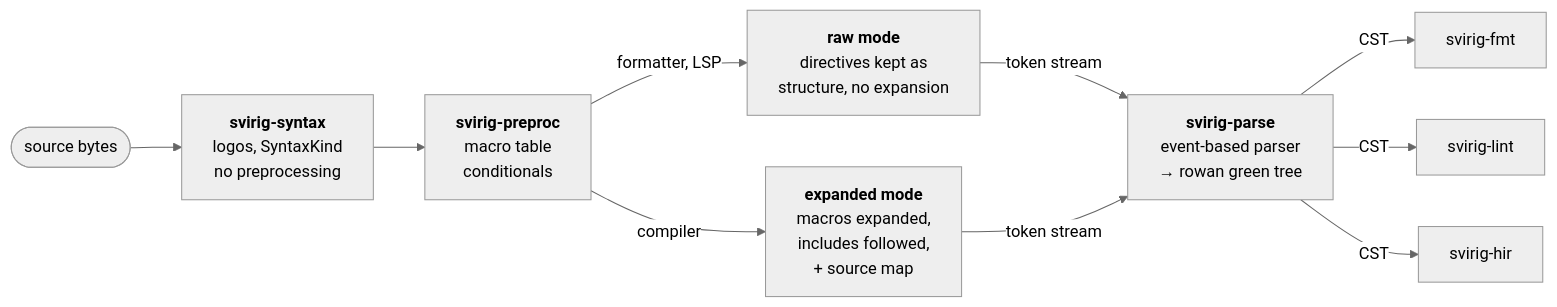
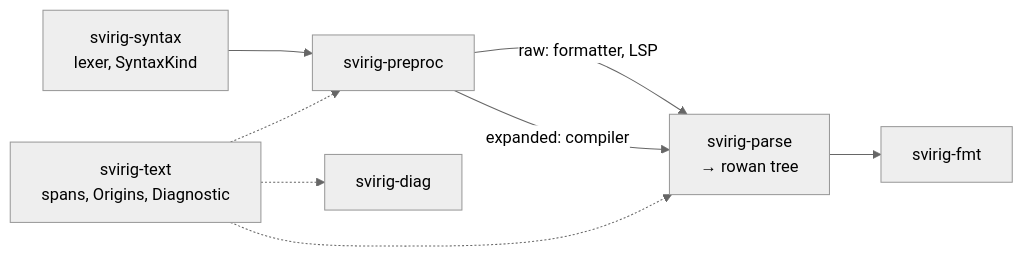
The diagram in docs/plan.md (fischeti/astli), drawn with Mermaid (neutral theme) before and after one commit. The commit also changed other lines of this file and 7 other files, not shown here.

````diff
--- a/docs/plan.md
+++ b/docs/plan.md
@@ -88,22 +39,8 @@
 ```mermaid
 flowchart LR
-    src(["source bytes"])
-    src --> syntax
-
-    syntax["<b>svirig-syntax</b><br>logos, SyntaxKind<br>no preprocessing"]
-    preproc["<b>svirig-preproc</b><br>macro table<br>conditionals"]
-    syntax --> preproc
-
-    raw["<b>raw mode</b><br>directives kept as<br>structure, no expansion"]
-    expanded["<b>expanded mode</b><br>macros expanded,<br>includes followed,<br>+ source map"]
-    preproc -->|formatter, LSP| raw
-    preproc -->|compiler| expanded
-
-    parse["<b>svirig-parse</b><br>event-based parser<br>→ rowan green tree"]
-    raw -->|token stream| parse
-    expanded -->|token stream| parse
-
-    parse -->|CST| fmt["svirig-fmt"]
-    parse -->|CST| lint["svirig-lint"]
-    parse -->|CST| hir["svirig-hir"]
+    syntax["svirig-syntax<br>lexer, SyntaxKind"] --> preproc["svirig-preproc"]
+    preproc -->|raw: formatter, LSP| parse["svirig-parse<br>→ rowan tree"]
+    preproc -->|expanded: compiler| parse
+    parse --> fmt["svirig-fmt"]
+    text["svirig-text<br>spans, Origins, Diagnostic"] -.-> preproc & parse & diag["svirig-diag"]
 ```
````
